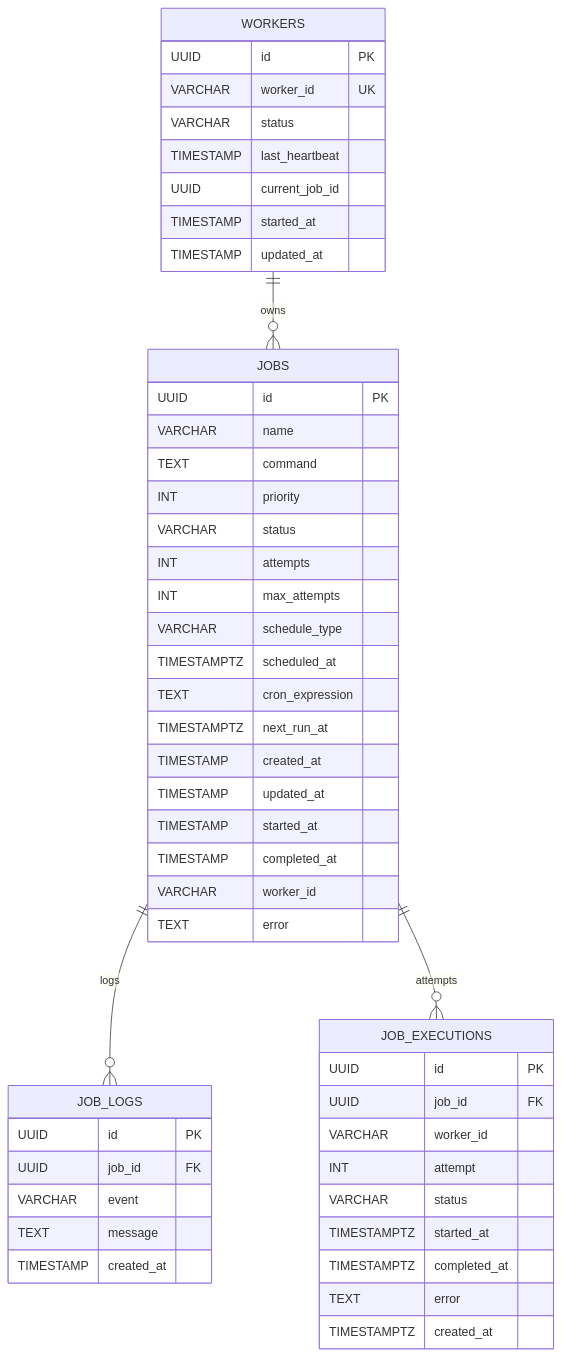
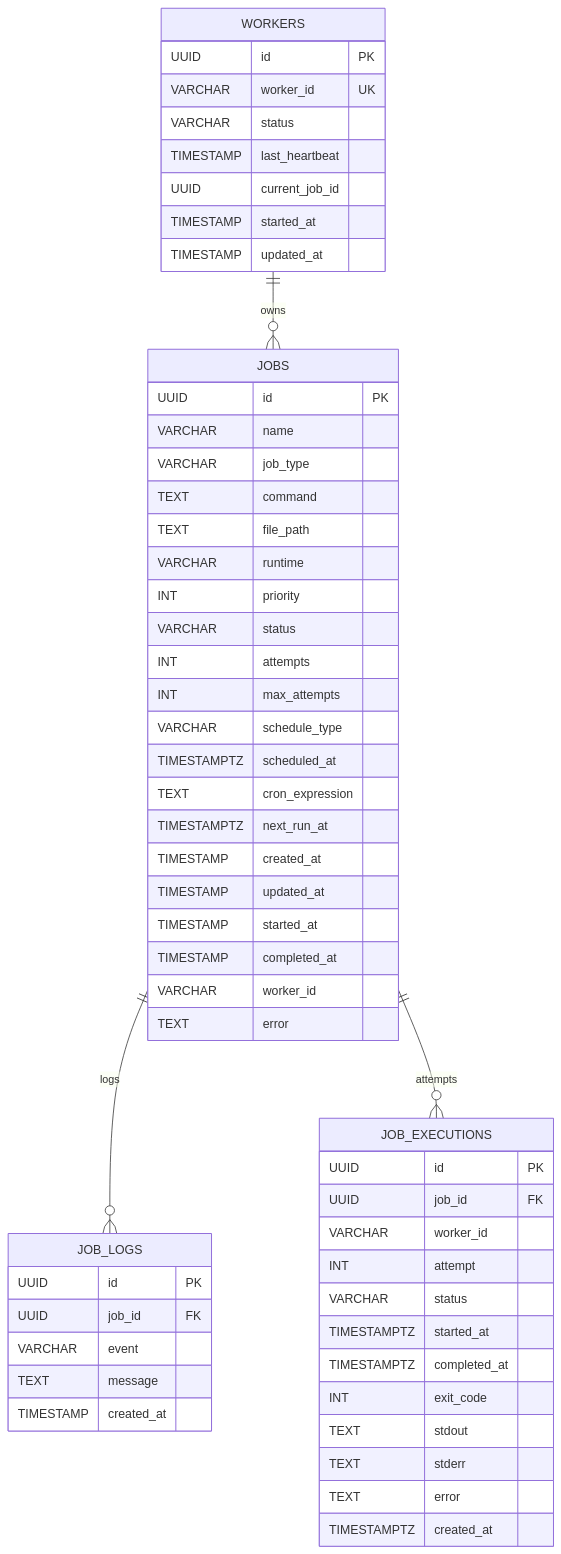
The second of 6 diagrams in README.md (kanupriya-sharma19/FLOW), drawn with Mermaid before and after one commit. The commit also changed other lines of this file and 8 other files, not shown here.

````diff
--- a/README.md
+++ b/README.md
@@ -88,56 +90,62 @@
 ```mermaid
 erDiagram
     JOBS ||--o{ JOB_LOGS : logs
     JOBS ||--o{ JOB_EXECUTIONS : attempts
     WORKERS ||--o{ JOBS : owns
 
     JOBS {
         UUID id PK
         VARCHAR name
+        VARCHAR job_type
         TEXT command
+        TEXT file_path
+        VARCHAR runtime
         INT priority
         VARCHAR status
         INT attempts
         INT max_attempts
         VARCHAR schedule_type
         TIMESTAMPTZ scheduled_at
         TEXT cron_expression
         TIMESTAMPTZ next_run_at
         TIMESTAMP created_at
         TIMESTAMP updated_at
         TIMESTAMP started_at
         TIMESTAMP completed_at
         VARCHAR worker_id
         TEXT error
     }
 
     JOB_LOGS {
         UUID id PK
         UUID job_id FK
         VARCHAR event
         TEXT message
         TIMESTAMP created_at
     }
 
     WORKERS {
         UUID id PK
         VARCHAR worker_id UK
         VARCHAR status
         TIMESTAMP last_heartbeat
         UUID current_job_id
         TIMESTAMP started_at
         TIMESTAMP updated_at
     }
 
     JOB_EXECUTIONS {
         UUID id PK
         UUID job_id FK
         VARCHAR worker_id
         INT attempt
         VARCHAR status
         TIMESTAMPTZ started_at
         TIMESTAMPTZ completed_at
+        INT exit_code
+        TEXT stdout
+        TEXT stderr
         TEXT error
         TIMESTAMPTZ created_at
     }
 ```
````
